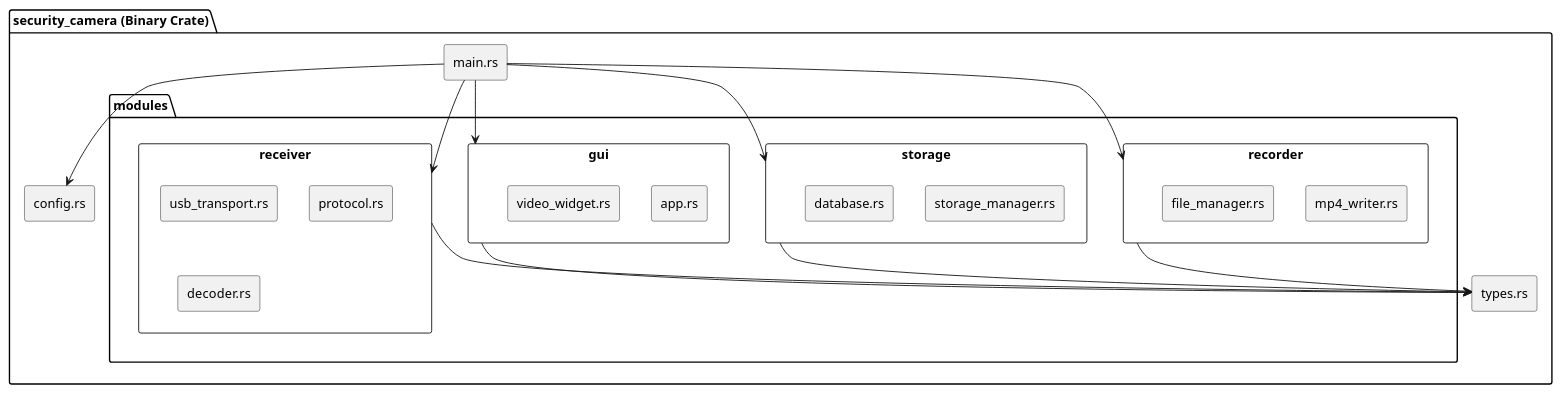
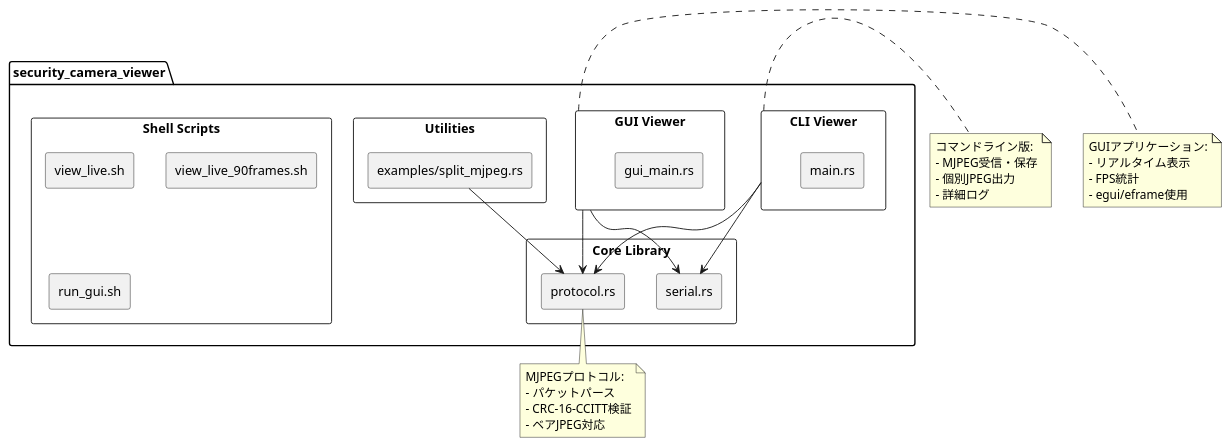
Before and after one commit to ken11111/Spr_wk: the first of 2 diagrams in docs/security_camera/01_specifications/06_SOFTWARE_SPEC_PC_RUST.md, drawn with PlantUML. The commit also changed other lines of this file and 2 other files, not shown here.

````diff
--- a/docs/security_camera/01_specifications/06_SOFTWARE_SPEC_PC_RUST.md
+++ b/docs/security_camera/01_specifications/06_SOFTWARE_SPEC_PC_RUST.md
@@ -65,47 +30,58 @@
 ```plantuml
 @startuml
 skinparam componentStyle rectangle
 
-package "security_camera (Binary Crate)" {
-    component "main.rs" as MAIN
-
-    package "modules" {
-        component "receiver" as RECV {
-            [usb_transport.rs]
-            [protocol.rs]
-            [decoder.rs]
-        }
-
-        component "recorder" as REC {
-            [mp4_writer.rs]
-            [file_manager.rs]
-        }
-
-        component "storage" as STORE {
-            [storage_manager.rs]
-            [database.rs]
-        }
-
-        component "gui" as GUI {
-            [app.rs]
-            [video_widget.rs]
-        }
+package "security_camera_viewer" {
+    component "CLI Viewer" as CLI {
+        [main.rs]
     }
 
-    component "config.rs" as CFG
-    component "types.rs" as TYPES
+    component "GUI Viewer" as GUI {
+        [gui_main.rs]
+    }
+
+    component "Core Library" {
+        [protocol.rs] as PROTO
+        [serial.rs] as SERIAL
+    }
+
+    component "Utilities" {
+        [examples/split_mjpeg.rs] as SPLIT
+    }
+
+    component "Shell Scripts" {
+        [view_live.sh]
+        [view_live_90frames.sh]
+        [run_gui.sh]
+    }
 }
 
-MAIN --> RECV
-MAIN --> REC
-MAIN --> STORE
-MAIN --> GUI
-MAIN --> CFG
+CLI --> PROTO
+CLI --> SERIAL
+GUI --> PROTO
+GUI --> SERIAL
+SPLIT --> PROTO
 
-RECV --> TYPES
-REC --> TYPES
-STORE --> TYPES
-GUI --> TYPES
+note right of CLI
+  コマンドライン版:
+  - MJPEG受信・保存
+  - 個別JPEG出力
+  - 詳細ログ
+end note
+
+note right of GUI
+  GUIアプリケーション:
+  - リアルタイム表示
+  - FPS統計
+  - egui/eframe使用
+end note
+
+note bottom of PROTO
+  MJPEGプロトコル:
+  - パケットパース
+  - CRC-16-CCITT検証
+  - ベアJPEG対応
+end note
 
 @enduml
 ```
````
